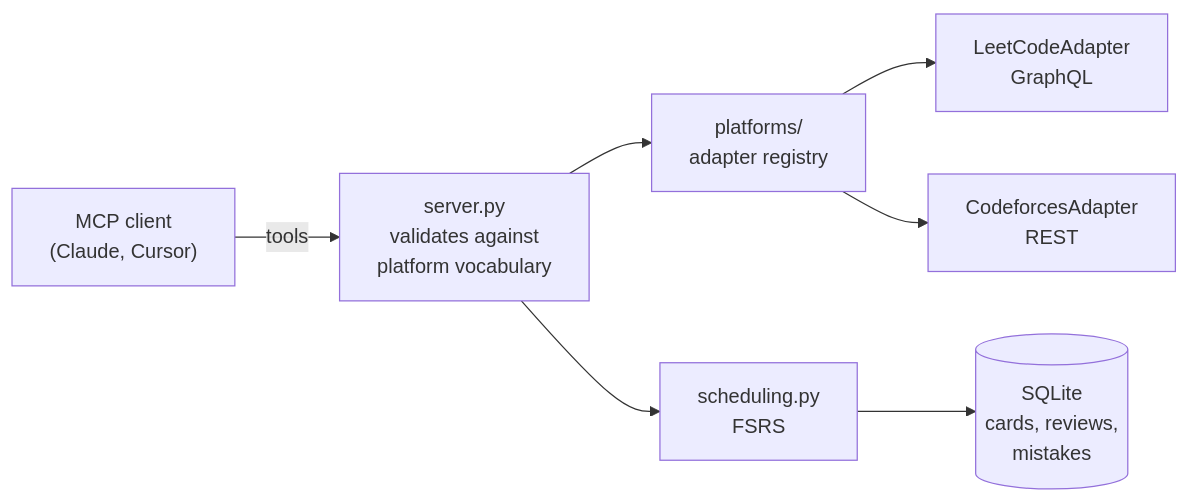
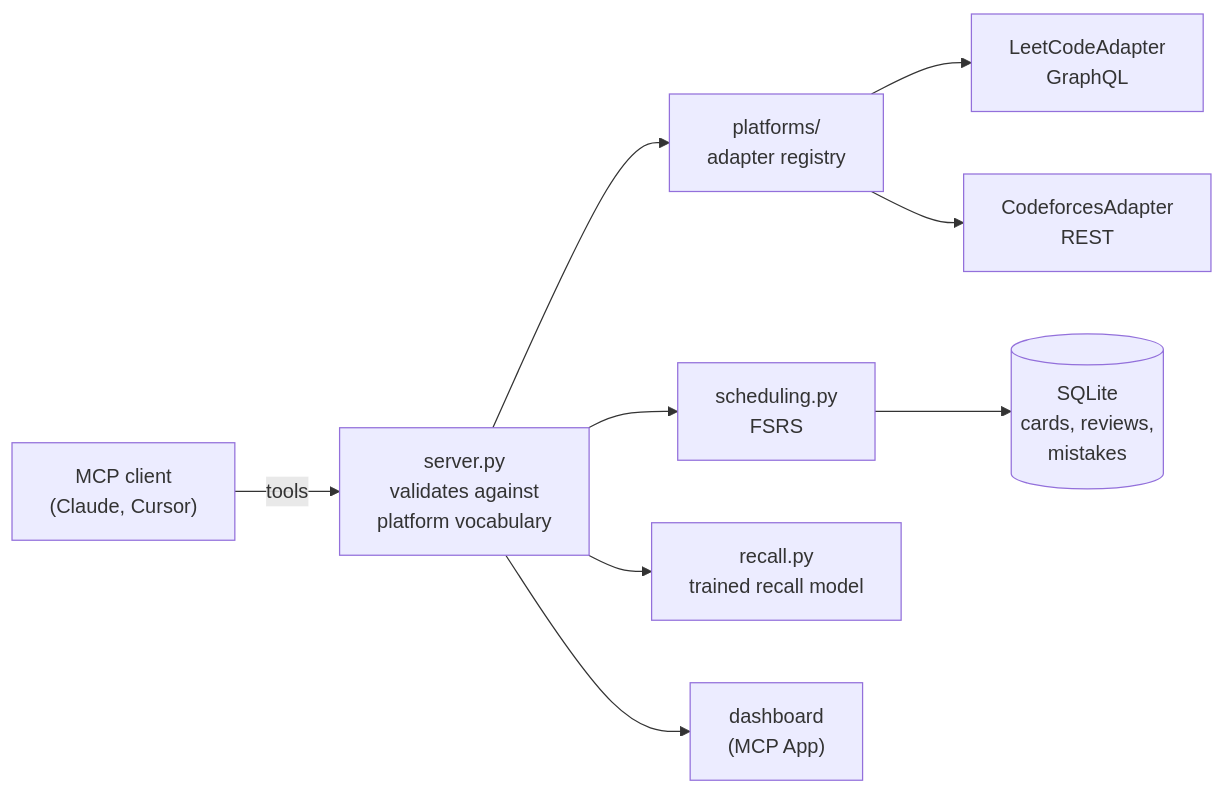
The diagram in README.md (aaryagodbole/dsa-coach-mcp), drawn with Mermaid before and after one commit. The commit also changed other lines of this file and 2 other files, not shown here.

First line of the commit message:
docs: rewrite the README around recall-coach's three parts

````diff
--- a/README.md
+++ b/README.md
@@ -53,8 +85,10 @@
 ```mermaid
 flowchart LR
     Client["MCP client<br/>(Claude, Cursor)"] -->|tools| Server["server.py<br/>validates against<br/>platform vocabulary"]
     Server --> Registry["platforms/<br/>adapter registry"]
     Registry --> LC["LeetCodeAdapter<br/>GraphQL"]
     Registry --> CF["CodeforcesAdapter<br/>REST"]
     Server --> SRS["scheduling.py<br/>FSRS"] --> Store[("SQLite<br/>cards, reviews,<br/>mistakes")]
+    Server --> Recall["recall.py<br/>trained recall model"]
+    Server --> UI["dashboard<br/>(MCP App)"]
 ```
````
